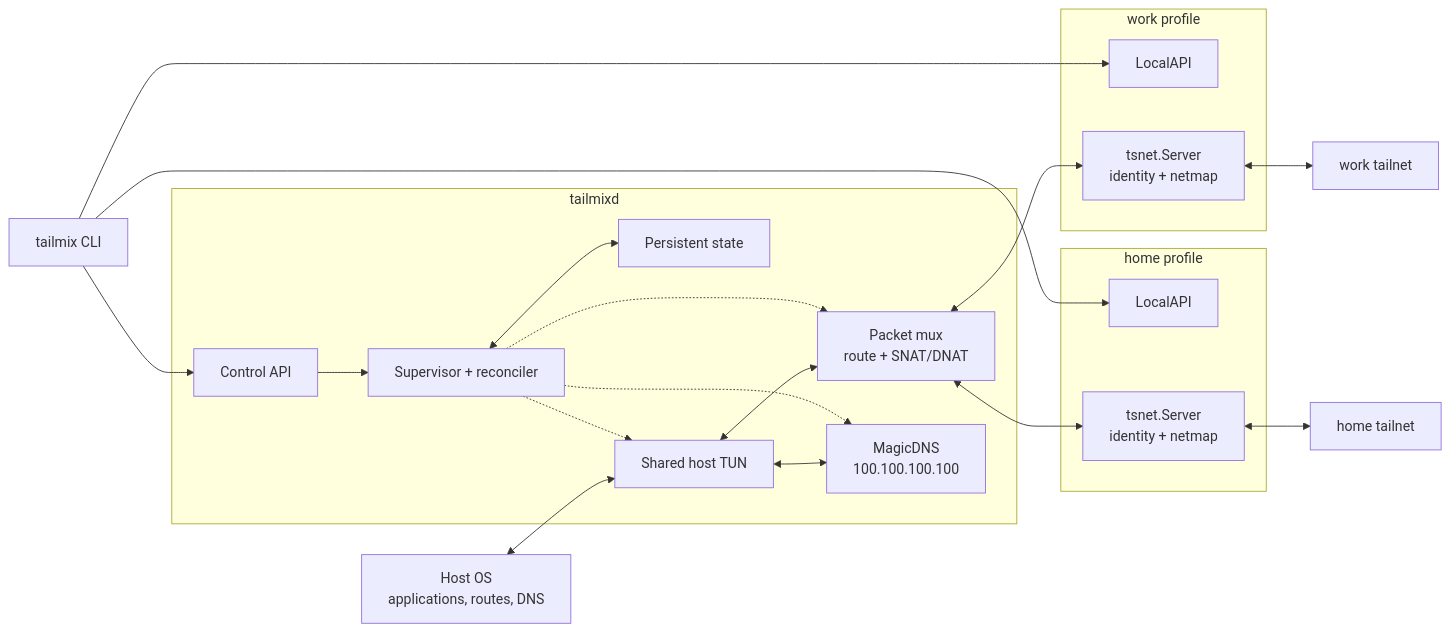
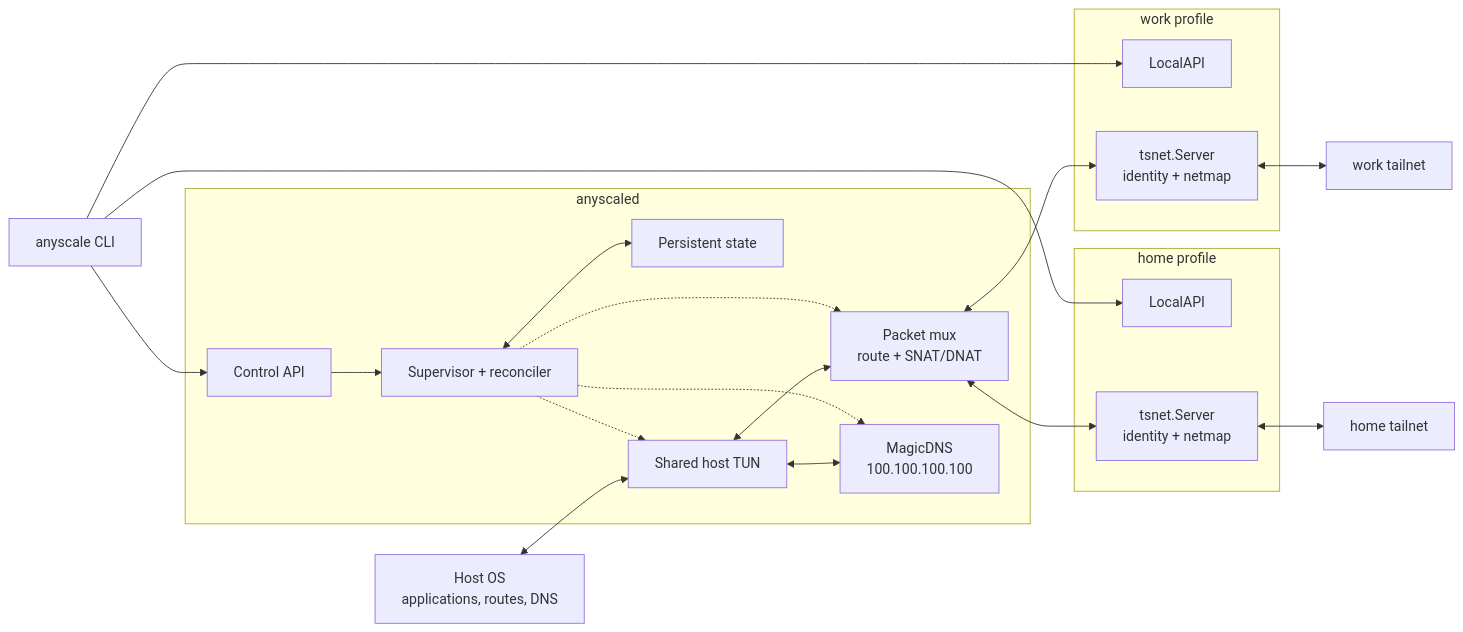
Before and after one commit to GabriWar/anyscale: the first of 6 diagrams in daemon/docs/architecture.md, drawn with Mermaid. The commit also changed other lines of this file and 153 other files, not shown here.

First line of the commit message:
rename tailmix and trayscale to anyscale everywhere

````diff
--- a/daemon/docs/architecture.md
+++ b/daemon/docs/architecture.md
@@ -22,43 +22,43 @@
 ```mermaid
 flowchart LR
     OS["Host OS<br/>applications, routes, DNS"]
 
-    subgraph daemon["tailmixd"]
+    subgraph daemon["anyscaled"]
         API["Control API"]
         State["Persistent state"]
         Reconciler["Supervisor + reconciler"]
         TUN["Shared host TUN"]
         Mux["Packet mux<br/>route + SNAT/DNAT"]
         DNS["MagicDNS<br/>100.100.100.100"]
     end
 
     subgraph work["work profile"]
         WorkAPI["LocalAPI"]
         WorkNode["tsnet.Server<br/>identity + netmap"]
     end
 
     subgraph home["home profile"]
         HomeAPI["LocalAPI"]
         HomeNode["tsnet.Server<br/>identity + netmap"]
     end
 
     WorkTailnet["work tailnet"]
     HomeTailnet["home tailnet"]
-    CLI["tailmix CLI"]
+    CLI["anyscale CLI"]
 
     OS <--> TUN
     TUN <--> Mux
     TUN <--> DNS
     Mux <--> WorkNode
     Mux <--> HomeNode
     WorkNode <--> WorkTailnet
     HomeNode <--> HomeTailnet
     CLI --> API
     CLI --> WorkAPI
     CLI --> HomeAPI
     API --> Reconciler
     Reconciler <--> State
     Reconciler -.-> TUN
     Reconciler -.-> Mux
     Reconciler -.-> DNS
 ```
````
